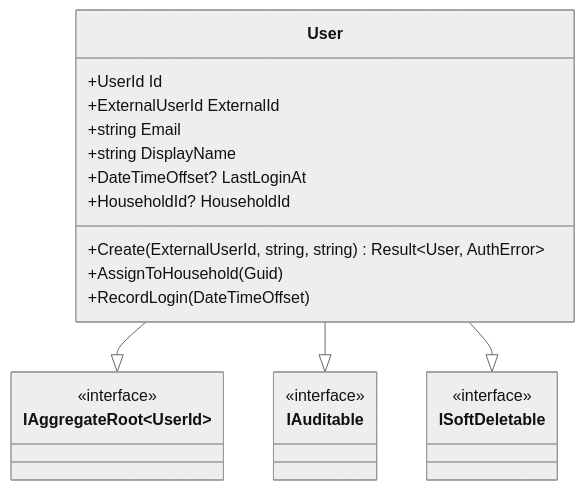
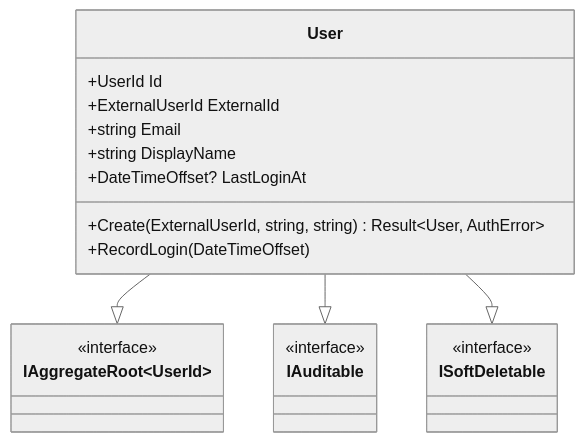
One commit to DigiBanks99/menlo changed the second of 2 diagrams in docs/reference/authentication-api.md. Above: the diagram before and after it, drawn with Mermaid (neutral theme). The commit also changed other lines of this file and 11 other files, not shown here.

````diff
--- a/docs/reference/authentication-api.md
+++ b/docs/reference/authentication-api.md
@@ -104,26 +118,24 @@
 ```mermaid
 classDiagram
     class User {
         +UserId Id
         +ExternalUserId ExternalId
         +string Email
         +string DisplayName
         +DateTimeOffset? LastLoginAt
-        +HouseholdId? HouseholdId
         +Create(ExternalUserId, string, string) Result~User, AuthError~
-        +AssignToHousehold(Guid)
         +RecordLogin(DateTimeOffset)
     }
     class IAggregateRoot~UserId~ {
         <<interface>>
     }
     class IAuditable {
         <<interface>>
     }
     class ISoftDeletable {
         <<interface>>
     }
     User --|> IAggregateRoot~UserId~
     User --|> IAuditable
     User --|> ISoftDeletable
 ```
````
